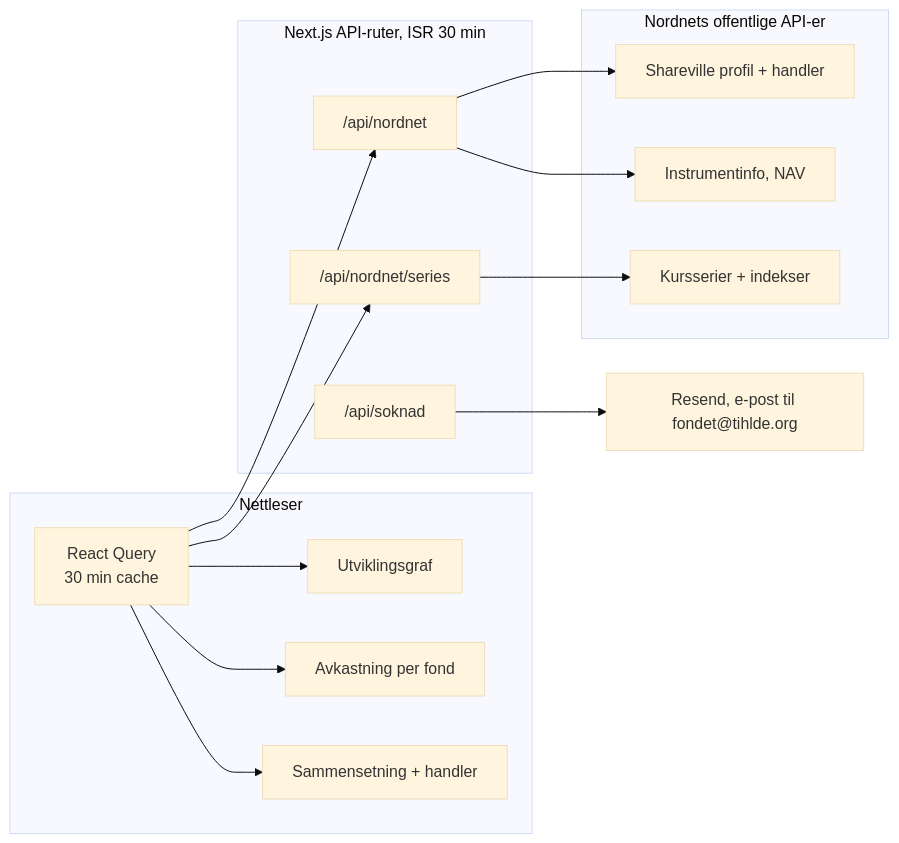
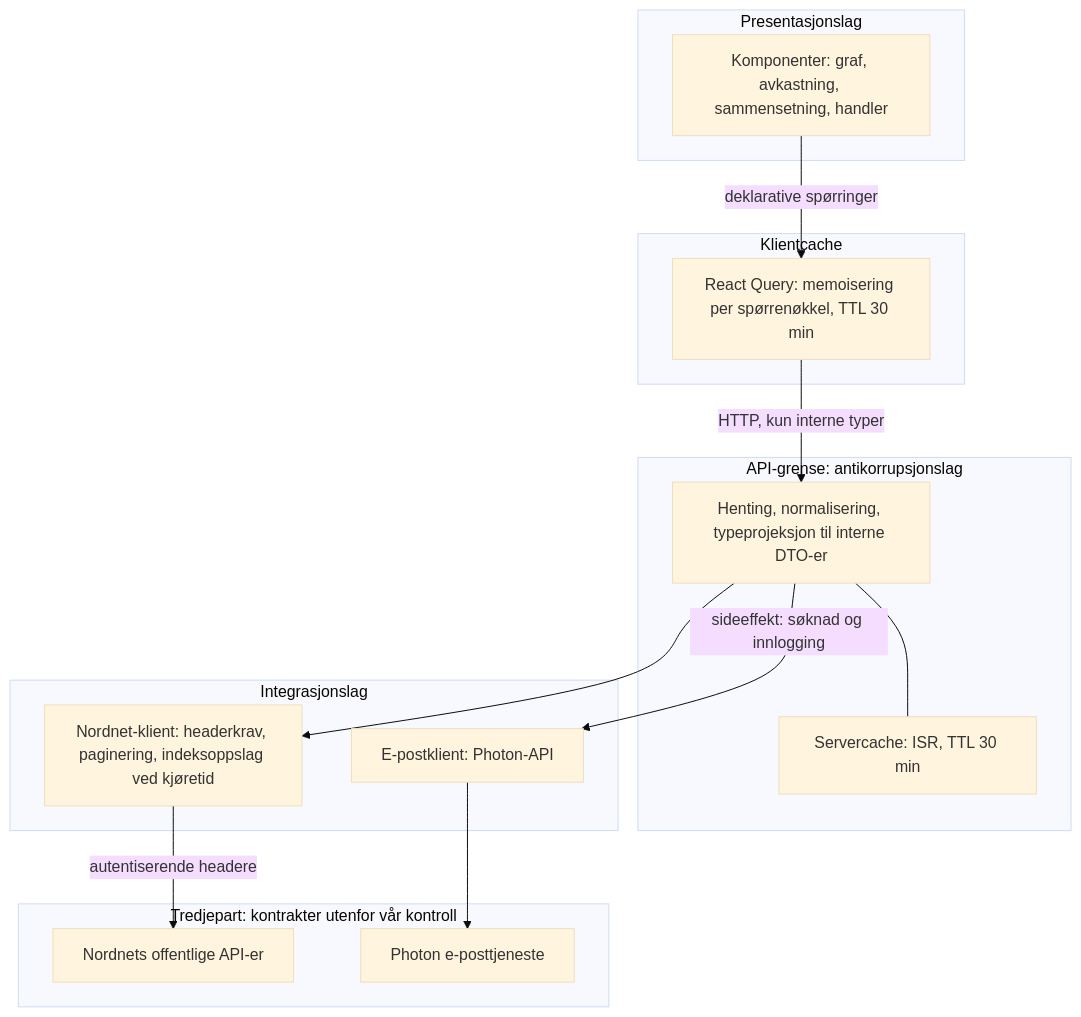
The third of 6 diagrams in README.md (TIHLDE/Fondet), drawn with Mermaid (base theme) before and after one commit. The commit also changed other lines of this file, not shown here.

First line of the commit message:
docs: rework README architecture diagrams

````diff
--- a/README.md
+++ b/README.md
@@ -53,25 +102,26 @@
 ```mermaid
-flowchart LR
-    subgraph Klient [Nettleser]
-        RQ[React Query<br/>30 min cache] --> C1[Utviklingsgraf]
-        RQ --> C2[Avkastning per fond]
-        RQ --> C3[Sammensetning + handler]
+flowchart TB
+    subgraph P [Presentasjonslag]
+        UI[Komponenter: graf, avkastning, sammensetning, handler]
     end
-
-    subgraph Server [Next.js API-ruter, ISR 30 min]
-        N["/api/nordnet"]
-        S["/api/nordnet/series"]
-        K["/api/soknad"]
+    subgraph K [Klientcache]
+        RQ[React Query: memoisering per spørrenøkkel, TTL 30 min]
     end
-
-    subgraph Nordnet [Nordnets offentlige API-er]
-        P[Shareville profil + handler]
-        I[Instrumentinfo, NAV]
-        T[Kursserier + indekser]
+    subgraph G [API-grense: antikorrupsjonslag]
+        API[Henting, normalisering, typeprojeksjon til interne DTO-er]
+        ISR[Servercache: ISR, TTL 30 min]
     end
-
-    RQ --> N & S
-    N --> P & I
-    S --> T
-    K --> R[Resend, e-post til fondet@tihlde.org]
+    subgraph I [Integrasjonslag]
+        NC[Nordnet-klient: headerkrav, paginering, indeksoppslag ved kjøretid]
+        EC[E-postklient: Photon-API]
+    end
+    subgraph T [Tredjepart: kontrakter utenfor vår kontroll]
+        NN[Nordnets offentlige API-er]
+        PH[Photon e-posttjeneste]
+    end
+    UI -->|deklarative spørringer| RQ
+    RQ -->|HTTP, kun interne typer| API
+    API --- ISR
+    API --> NC -->|autentiserende headere| NN
+    API -->|sideeffekt: søknad og innlogging| EC --> PH
 ```
````
